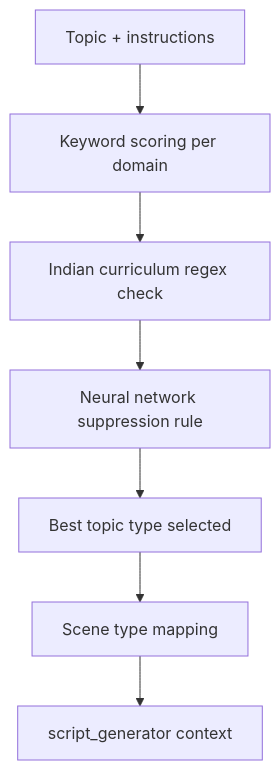
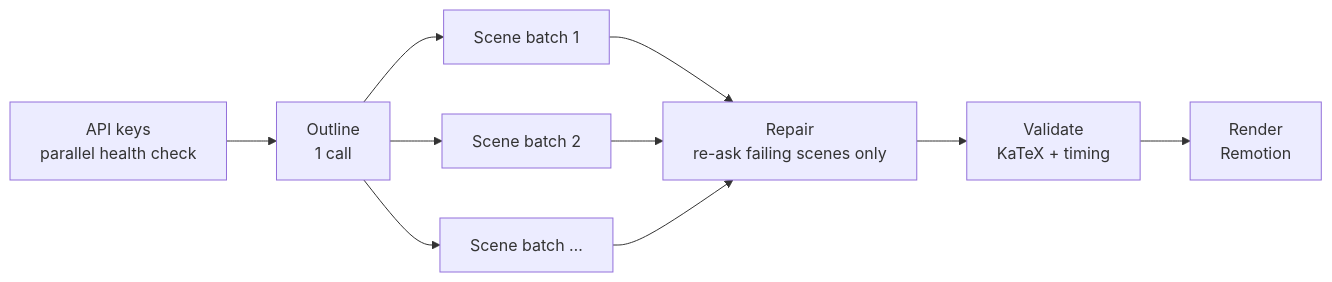
Before and after one commit to AbhinavKumar0000/ScriptMotion: the diagram in README.md, drawn with Mermaid. The commit also changed other lines of this file and 74 other files, not shown here.

First line of the commit message:
Rebuild pipeline as declarative scene DSL with Remotion lesson renderer

````diff
--- a/README.md
+++ b/README.md
@@ -134,9 +47,8 @@
 ```mermaid
-flowchart TD
-    A[Topic + instructions] --> B[Keyword scoring per domain]
-    B --> C[Indian curriculum regex check]
-    C --> D[Neural network suppression rule]
-    D --> E[Best topic type selected]
-    E --> F[Scene type mapping]
-    F --> G[script_generator context]
+flowchart LR
+  K[API keys<br/>parallel health check] --> O[Outline<br/>1 call]
+  O --> S1[Scene batch 1] & S2[Scene batch 2] & S3[Scene batch …]
+  S1 & S2 & S3 --> R[Repair<br/>re-ask failing scenes only]
+  R --> V[Validate<br/>KaTeX + timing]
+  V --> RE[Render<br/>Remotion]
 ```
````
